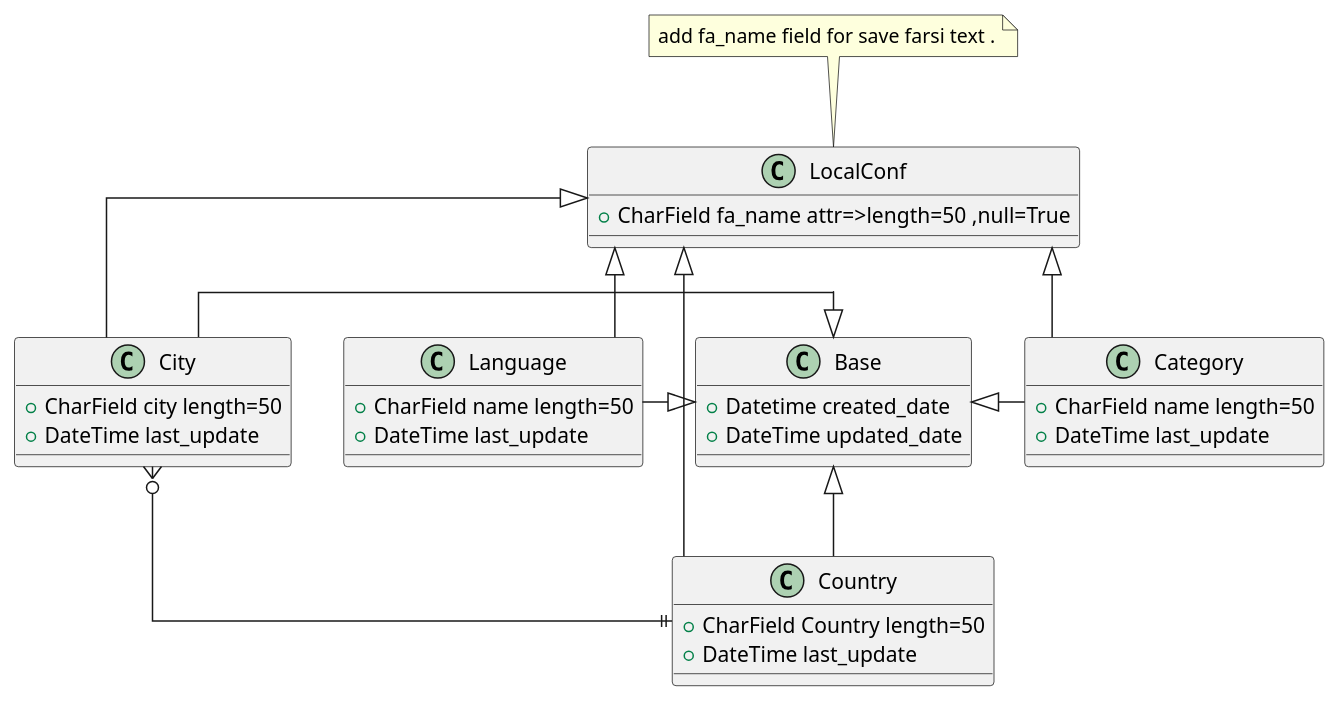
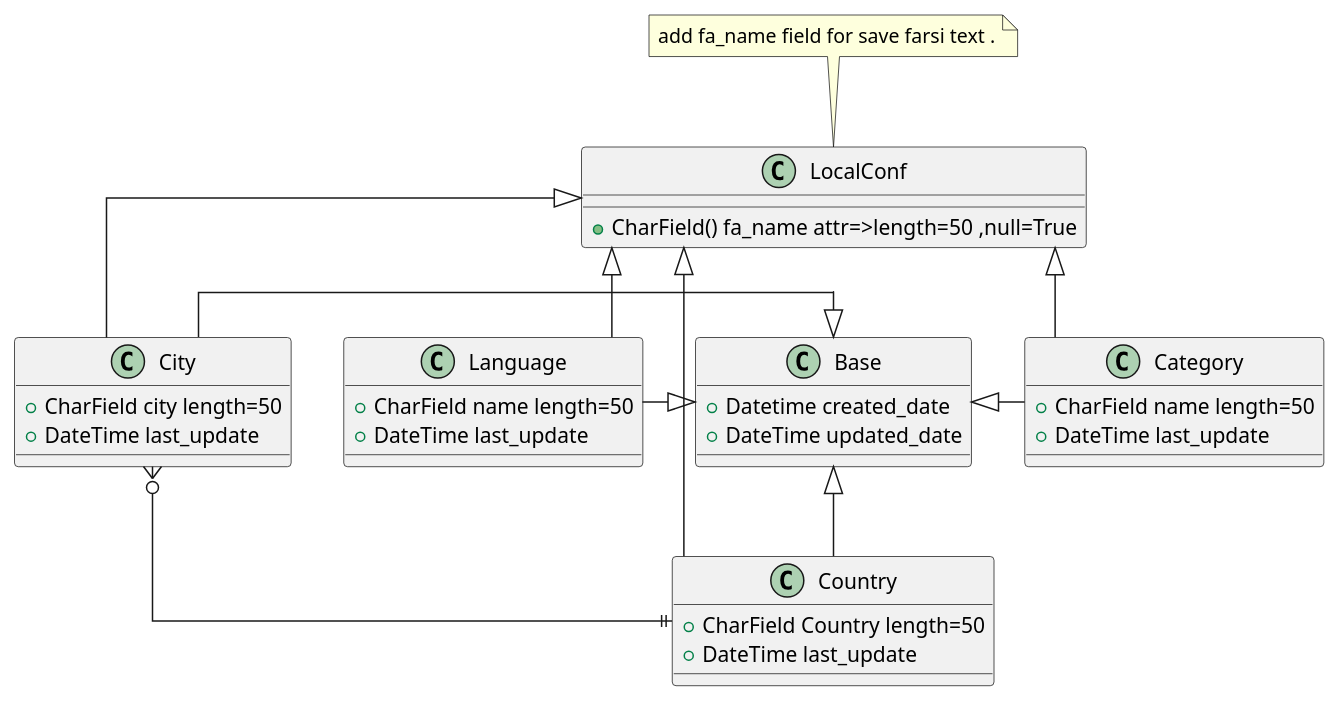
Before and after one commit to mehdi1361/orm: the diagram in uml/main_scehma.puml, drawn with PlantUML. The commit also changed 4 other files, not shown here.

```diff
--- a/uml/main_scehma.puml
+++ b/uml/main_scehma.puml
@@ -1,42 +1,42 @@
 @startuml
 skinparam linetype ortho
 class Base {
   +Datetime created_date
   +DateTime updated_date
 }
 class LocalConf {
-  +CharField fa_name attr=>length=50 ,null=True
+  +CharField() fa_name attr=>length=50 ,null=True
 }
 
 note top of LocalConf : add fa_name field for save farsi text .
 class Country {
    +CharField Country length=50
    +DateTime last_update
 }
 class Category {
    +CharField name length=50
    +DateTime last_update
 }
 class Language {
    +CharField name length=50
    +DateTime last_update
 }
 class City {
    +CharField city length=50
    +DateTime last_update
 }
 
 Base <|-right-Country
 LocalConf <|--Country
 
 Base <|-right-Category
 LocalConf <|--Category
 
 Base <|-left- Language
 LocalConf <|-- Language
 
 Base <|-left- City
 LocalConf <|-- City
 
 Country ||--o{ City
 @enduml
```
